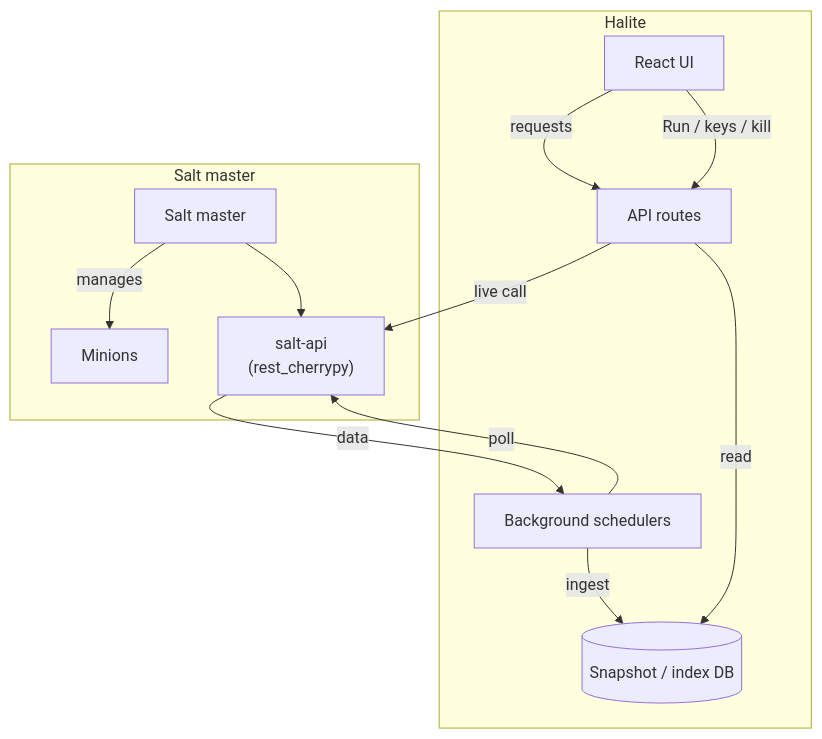
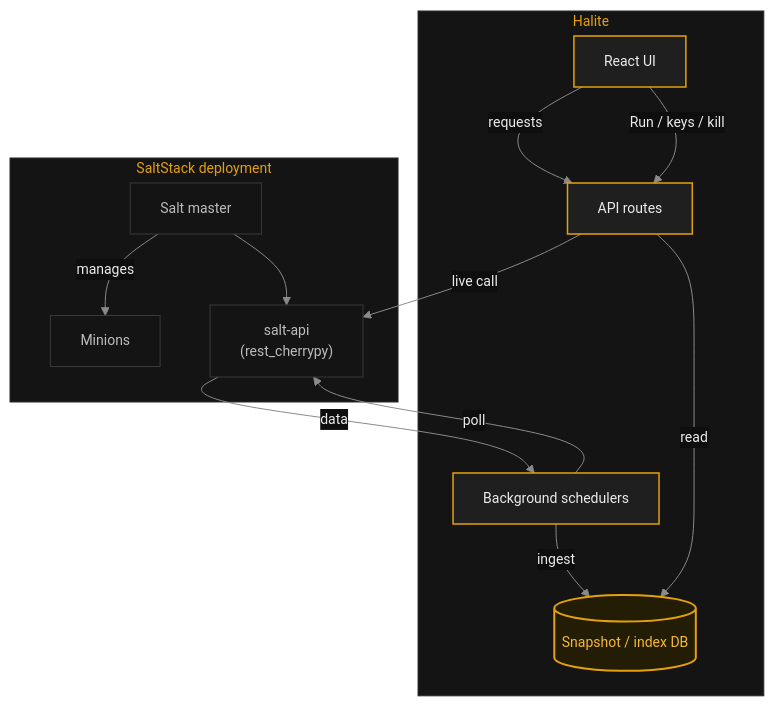
One commit to calebcall/halite changed the diagram in docs/concepts/how-it-works.mdx. Above: the diagram before and after it, drawn with Mermaid.

Commit message:
docs: brand-theme the How Halite Works mermaid diagram
Apply a base theme with Halite colors (dark fills, amber accents, Inter)
and classDef layer coloring: external Salt nodes in muted graphite,
Halite-internal nodes amber-bordered, the snapshot DB as an amber cylinder.

````diff
--- a/docs/concepts/how-it-works.mdx
+++ b/docs/concepts/how-it-works.mdx
@@ -10,18 +10,27 @@
 ```mermaid
+%%{init: {'theme':'base','themeVariables':{'fontFamily':'Inter, ui-sans-serif, system-ui, -apple-system, sans-serif','fontSize':'14px','primaryColor':'#1f1f1f','primaryTextColor':'#ebebeb','primaryBorderColor':'#e5a00d','lineColor':'#8a8a8a','clusterBkg':'#141414','clusterBorder':'#2a2a2a','titleColor':'#e5a00d','edgeLabelBackground':'#0e0e0e'}}}%%
 flowchart TD
-    subgraph Salt["Salt master"]
+    subgraph Salt["SaltStack deployment"]
         M[Salt master] -->|manages| Minions[Minions]
-        M --> SAPI["salt-api\n(rest_cherrypy)"]
+        M --> SAPI["salt-api<br/>(rest_cherrypy)"]
     end
 
     subgraph Halite["Halite"]
         SCH[Background schedulers] -->|poll| SAPI
         SCH -->|ingest| DB[(Snapshot / index DB)]
         API[API routes] -->|read| DB
         UI[React UI] -->|requests| API
     end
 
     SAPI -->|data| SCH
     UI -->|Run / keys / kill| API
     API -->|live call| SAPI
+
+    classDef external fill:#141414,stroke:#3a3a3a,stroke-width:1px,color:#bdbdbd;
+    classDef halite fill:#1f1f1f,stroke:#e5a00d,stroke-width:1.5px,color:#ebebeb;
+    classDef store fill:#241d05,stroke:#e5a00d,stroke-width:2px,color:#f5b938;
+
+    class M,Minions,SAPI external;
+    class SCH,API,UI halite;
+    class DB store;
 ```
````
